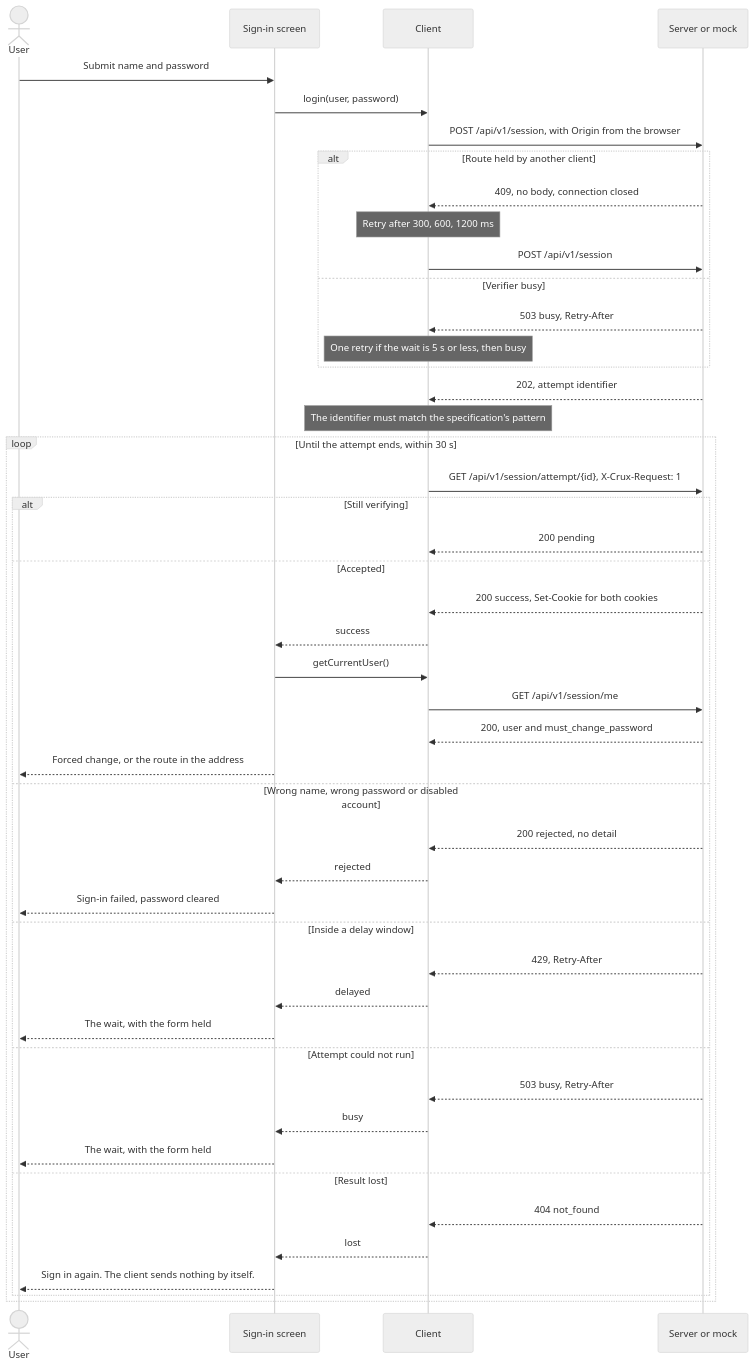
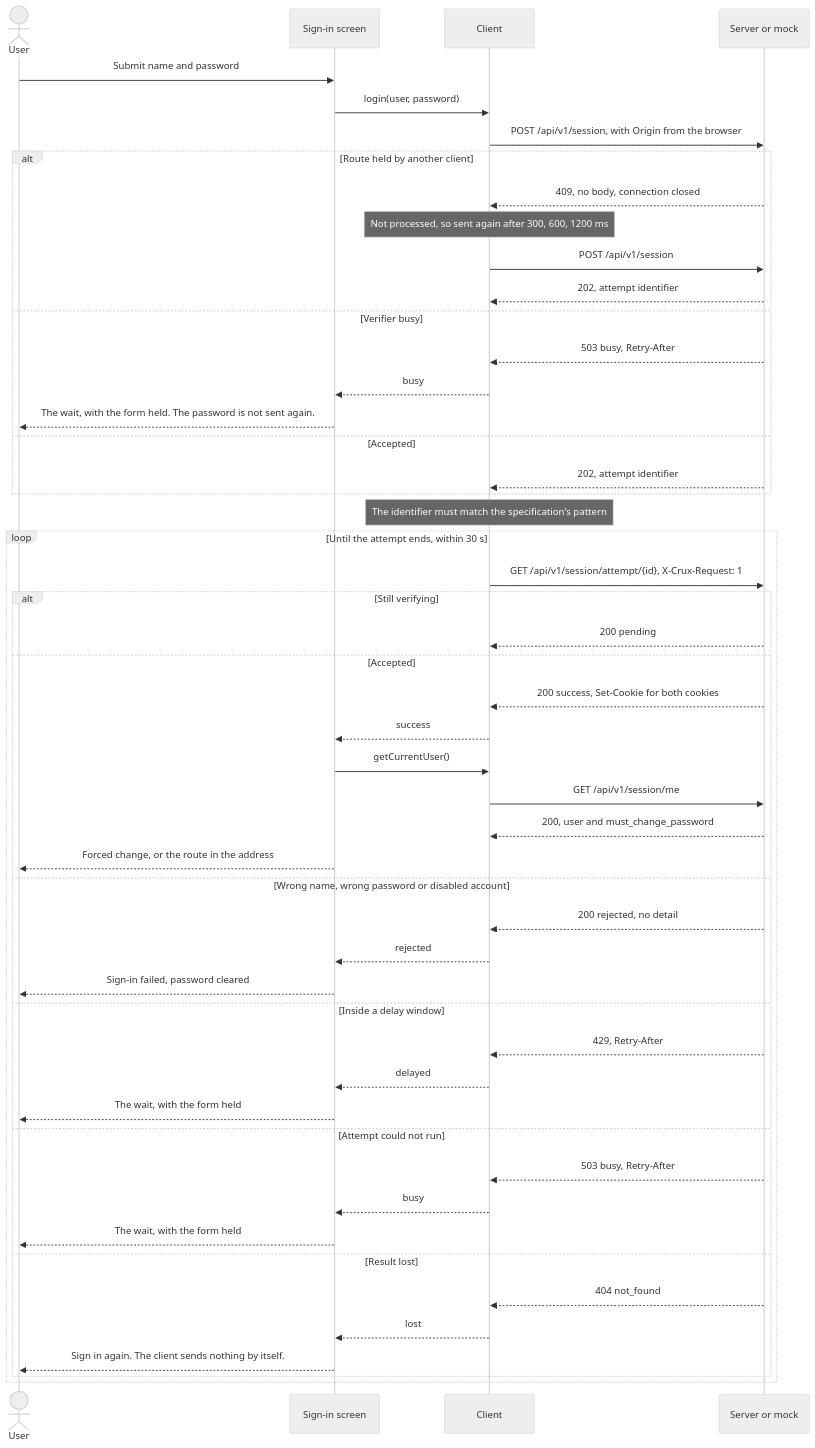
Before and after one commit to wonny-labs/crux-pilot: the second of 4 diagrams in docs/plans/web-frontend-implementation.md, drawn with Mermaid (neutral theme). The commit also changed other lines of this file and 3 other files, not shown here.

````diff
--- a/docs/plans/web-frontend-implementation.md
+++ b/docs/plans/web-frontend-implementation.md
@@ -103,49 +106,52 @@
 ```mermaid
 sequenceDiagram
     actor User
     participant UI as Sign-in screen
     participant C as Client
     participant S as Server or mock
     User->>UI: Submit name and password
     UI->>C: login(user, password)
     C->>S: POST /api/v1/session, with Origin from the browser
     alt Route held by another client
         S-->>C: 409, no body, connection closed
-        Note over C: Retry after 300, 600, 1200 ms
+        Note over C: Not processed, so sent again after 300, 600, 1200 ms
         C->>S: POST /api/v1/session
+        S-->>C: 202, attempt identifier
     else Verifier busy
         S-->>C: 503 busy, Retry-After
-        Note over C: One retry if the wait is 5 s or less, then busy
+        C-->>UI: busy
+        UI-->>User: The wait, with the form held. The password is not sent again.
+    else Accepted
+        S-->>C: 202, attempt identifier
     end
-    S-->>C: 202, attempt identifier
     Note over C: The identifier must match the specification's pattern
     loop Until the attempt ends, within 30 s
         C->>S: GET /api/v1/session/attempt/{id}, X-Crux-Request: 1
         alt Still verifying
             S-->>C: 200 pending
         else Accepted
             S-->>C: 200 success, Set-Cookie for both cookies
             C-->>UI: success
             UI->>C: getCurrentUser()
             C->>S: GET /api/v1/session/me
             S-->>C: 200, user and must_change_password
             UI-->>User: Forced change, or the route in the address
         else Wrong name, wrong password or disabled account
             S-->>C: 200 rejected, no detail
             C-->>UI: rejected
             UI-->>User: Sign-in failed, password cleared
         else Inside a delay window
             S-->>C: 429, Retry-After
             C-->>UI: delayed
             UI-->>User: The wait, with the form held
         else Attempt could not run
             S-->>C: 503 busy, Retry-After
             C-->>UI: busy
             UI-->>User: The wait, with the form held
         else Result lost
             S-->>C: 404 not_found
             C-->>UI: lost
             UI-->>User: Sign in again. The client sends nothing by itself.
         end
     end
 ```
````
